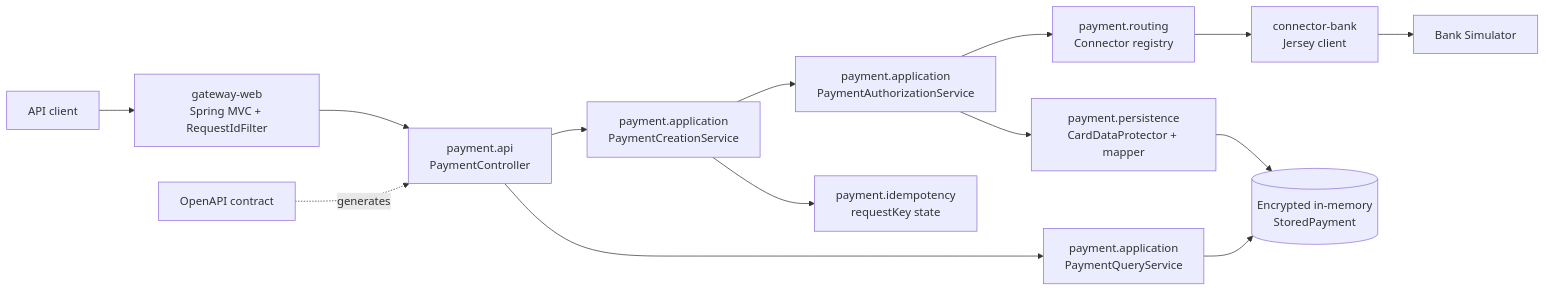
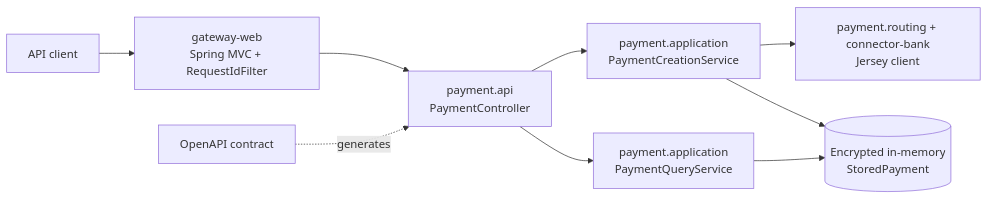
One commit to huyoyo/payment-gateway-challenge-java changed the first of 2 diagrams in README.md. Above: the diagram before and after it, drawn with Mermaid. The commit also changed other lines of this file and 45 other files, not shown here.

````diff
--- a/README.md
+++ b/README.md
@@ -160,26 +41,19 @@
 ```mermaid
 flowchart LR
     Client["API client"]
     Web["gateway-web<br/>Spring MVC + RequestIdFilter"]
     API["payment.api<br/>PaymentController"]
-    Create["payment.application<br/>PaymentCreationService"]
-    Auth["payment.application<br/>PaymentAuthorizationService"]
+    Creation["payment.application<br/>PaymentCreationService"]
     Query["payment.application<br/>PaymentQueryService"]
-    Idem["payment.idempotency<br/>requestKey state"]
-    Route["payment.routing<br/>Connector registry"]
-    Bank["connector-bank<br/>Jersey client"]
-    Sim["Bank Simulator"]
-    Protect["payment.persistence<br/>CardDataProtector + mapper"]
+    Bank["payment.routing + connector-bank<br/>Jersey client"]
     Store[("Encrypted in-memory<br/>StoredPayment")]
     Contract["OpenAPI contract"]
 
     Client --> Web --> API
-    API --> Create
+    API --> Creation
     API --> Query
-    Create --> Idem
-    Create --> Auth
-    Auth --> Route --> Bank --> Sim
-    Auth --> Protect --> Store
+    Creation --> Bank
+    Creation --> Store
     Query --> Store
     Contract -.->|generates| API
 ```
````
